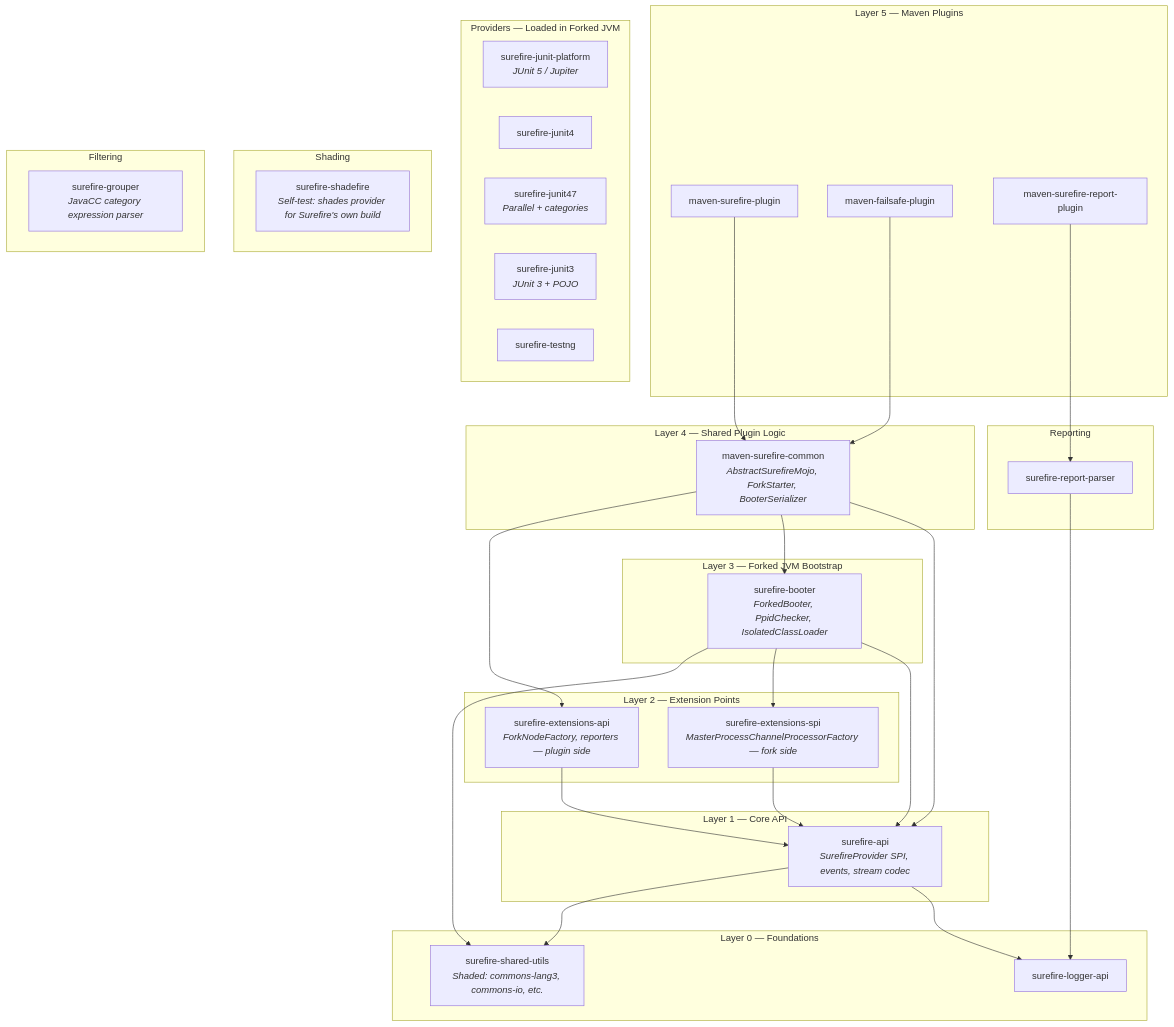
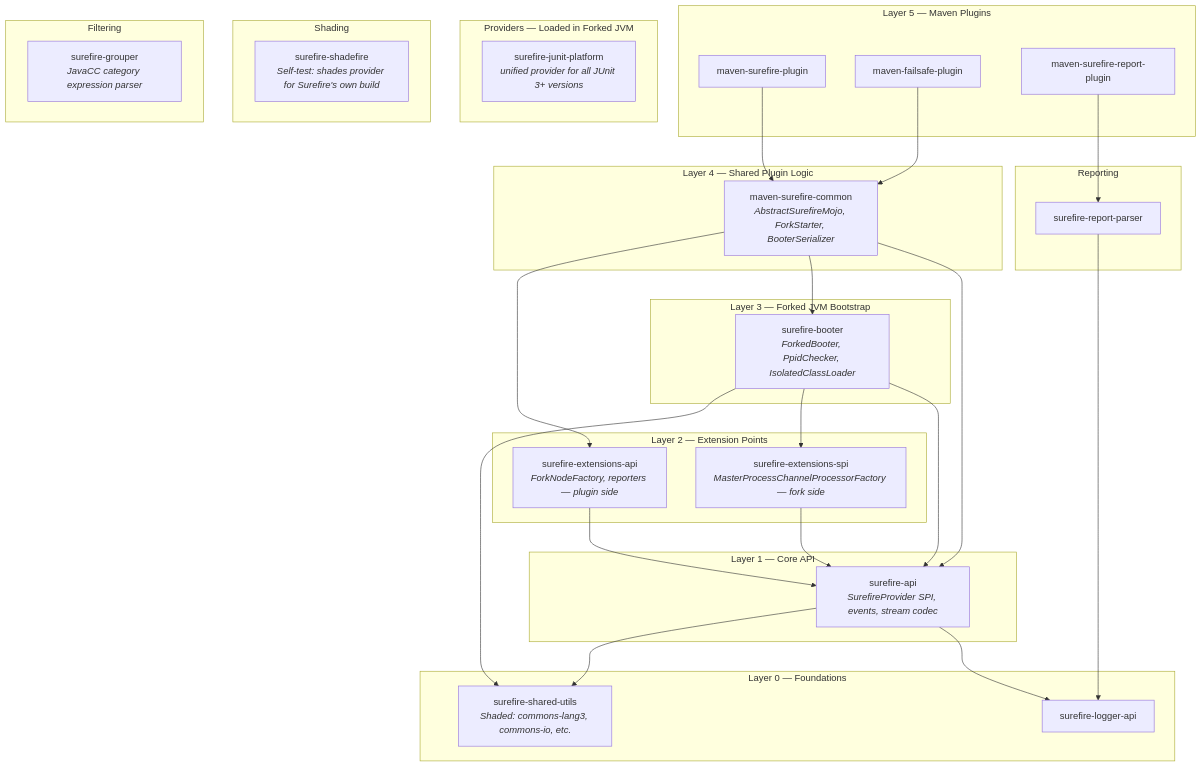
The first of 5 diagrams in maven-surefire-plugin/src/site/markdown/architecture.md (apache/maven-surefire), drawn with Mermaid before and after one commit. The commit also changed other lines of this file and 1 other file, not shown here.

First line of the commit message:
Update architecture docs for unified test provider (#3313)

````diff
--- a/maven-surefire-plugin/src/site/markdown/architecture.md
+++ b/maven-surefire-plugin/src/site/markdown/architecture.md
@@ -43,65 +43,61 @@
 ```mermaid
 graph TD
     subgraph "Layer 5 — Maven Plugins"
         MSP["maven-surefire-plugin"]
         MFP["maven-failsafe-plugin"]
         MRP["maven-surefire-report-plugin"]
     end
 
     subgraph "Layer 4 — Shared Plugin Logic"
         MSC["maven-surefire-common<br/><i>AbstractSurefireMojo, ForkStarter, BooterSerializer</i>"]
     end
 
     subgraph "Layer 3 — Forked JVM Bootstrap"
         SB["surefire-booter<br/><i>ForkedBooter, PpidChecker, IsolatedClassLoader</i>"]
     end
 
     subgraph "Layer 2 — Extension Points"
         SEA["surefire-extensions-api<br/><i>ForkNodeFactory, reporters — plugin side</i>"]
         SES["surefire-extensions-spi<br/><i>MasterProcessChannelProcessorFactory — fork side</i>"]
     end
 
     subgraph "Layer 1 — Core API"
         SA["surefire-api<br/><i>SurefireProvider SPI, events, stream codec</i>"]
     end
 
     subgraph "Layer 0 — Foundations"
         SLA["surefire-logger-api"]
         SSU["surefire-shared-utils<br/><i>Shaded: commons-lang3, commons-io, etc.</i>"]
     end
 
     subgraph "Providers — Loaded in Forked JVM"
-        JP["surefire-junit-platform<br/><i>JUnit 5 / Jupiter</i>"]
-        J4["surefire-junit4"]
-        J47["surefire-junit47<br/><i>Parallel + categories</i>"]
-        J3["surefire-junit3<br/><i>JUnit 3 + POJO</i>"]
-        TNG["surefire-testng"]
+        JP["surefire-junit-platform<br/><i>unified provider for all JUnit 3+ versions</i>"]
     end
 
     subgraph "Shading"
         SF["surefire-shadefire<br/><i>Self-test: shades provider for Surefire's own build</i>"]
     end
 
     subgraph "Reporting"
         SRP["surefire-report-parser"]
     end
 
     subgraph "Filtering"
         SG["surefire-grouper<br/><i>JavaCC category expression parser</i>"]
     end
 
     MSP --> MSC
     MFP --> MSC
     MSC --> SA
     MSC --> SB
     MSC --> SEA
     SB --> SA
     SB --> SES
     SEA --> SA
     SES --> SA
     SA --> SLA
     SA --> SSU
     SB --> SSU
     MRP --> SRP
     SRP --> SLA
 ```
````
